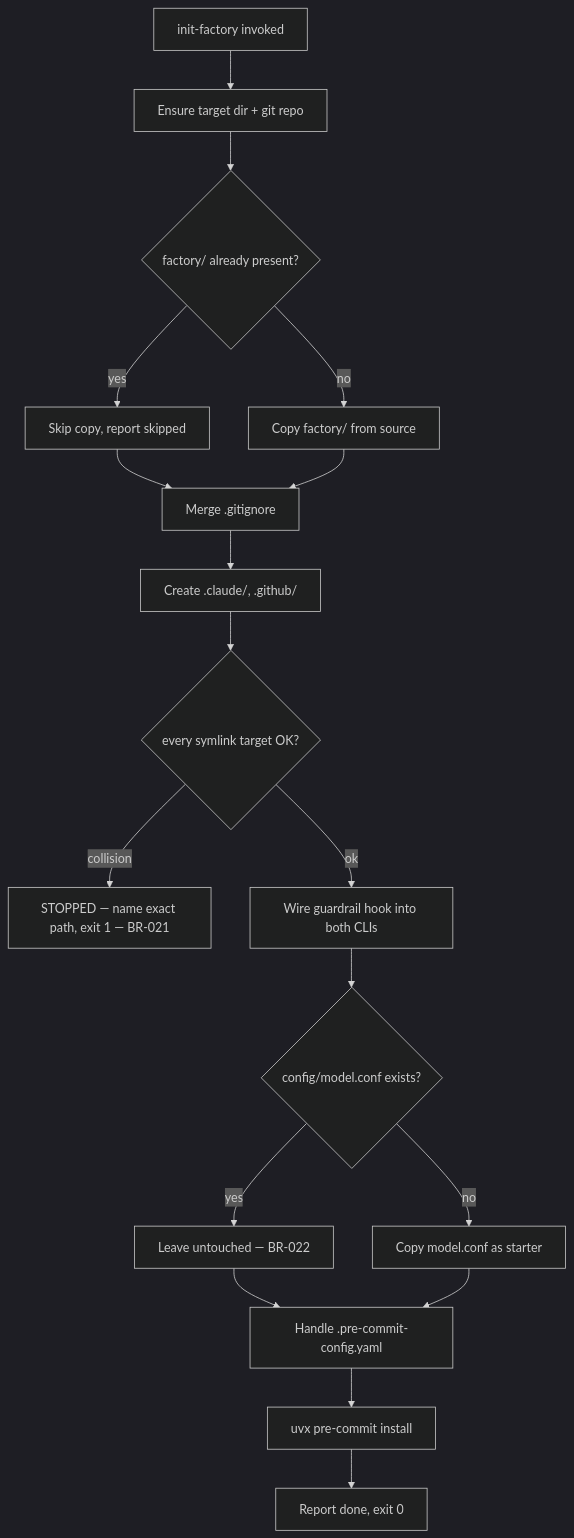
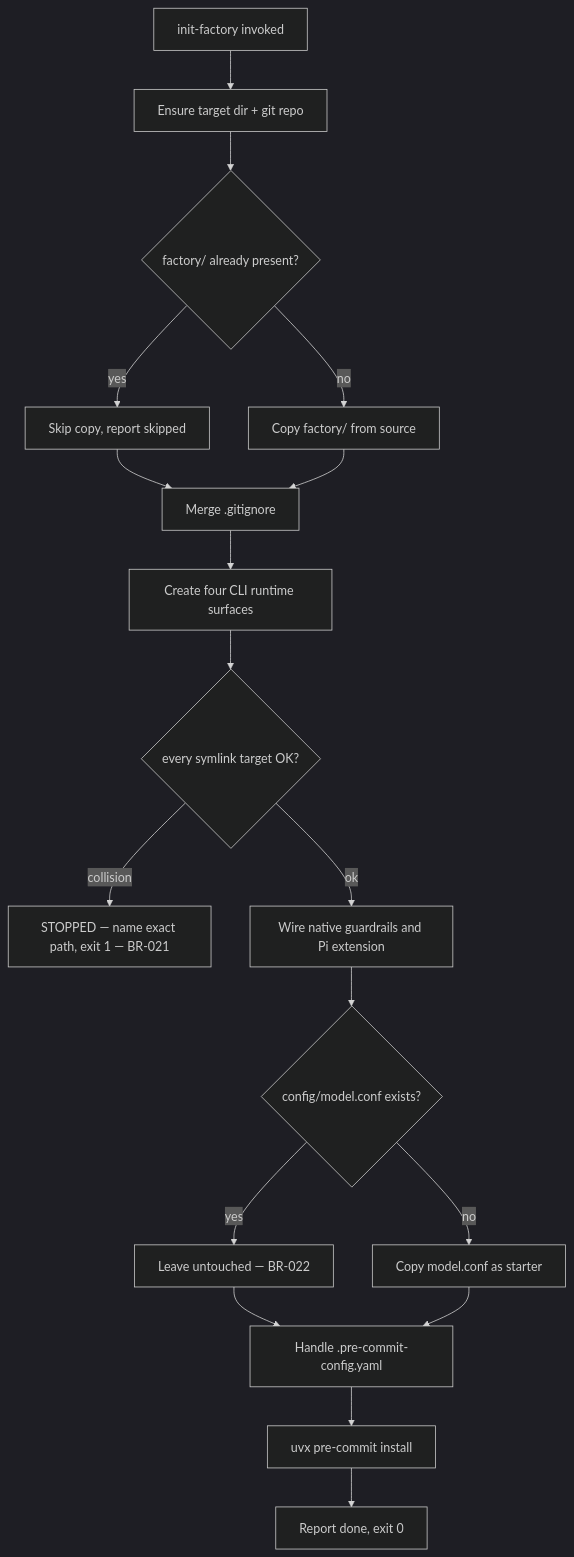
One commit to matthiasdaues/agent_factory changed the diagram in docs/spec/use_cases/UC-08-initialize-agent-factory-into-a-project.md. Above: the diagram before and after it, drawn with Mermaid (dark theme). The commit also changed other lines of this file and 16 other files, not shown here.

Commit message:
docs: reconcile four-CLI contracts and ADR status (RECON-0013)

````diff
--- a/docs/spec/use_cases/UC-08-initialize-agent-factory-into-a-project.md
+++ b/docs/spec/use_cases/UC-08-initialize-agent-factory-into-a-project.md
@@ -65,20 +74,20 @@
 ```mermaid
 flowchart TD
     A[init-factory invoked] --> B[Ensure target dir + git repo]
     B --> C{factory/ already present?}
     C -->|yes| D[Skip copy, report skipped]
     C -->|no| E[Copy factory/ from source]
     D --> F[Merge .gitignore]
     E --> F
-    F --> G[Create .claude/, .github/]
+    F --> G[Create four CLI runtime surfaces]
     G --> H{every symlink target OK?}
     H -->|collision| I[STOPPED — name exact path, exit 1 — BR-021]
-    H -->|ok| J[Wire guardrail hook into both CLIs]
+    H -->|ok| J[Wire native guardrails and Pi extension]
     J --> K{config/model.conf exists?}
     K -->|yes| L[Leave untouched — BR-022]
     K -->|no| M[Copy model.conf as starter]
     L --> N[Handle .pre-commit-config.yaml]
     M --> N
     N --> O[uvx pre-commit install]
     O --> P[Report done, exit 0]
 ```
````
